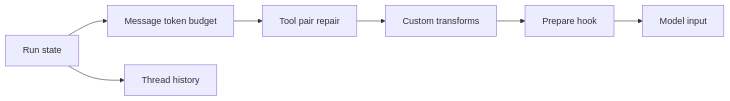
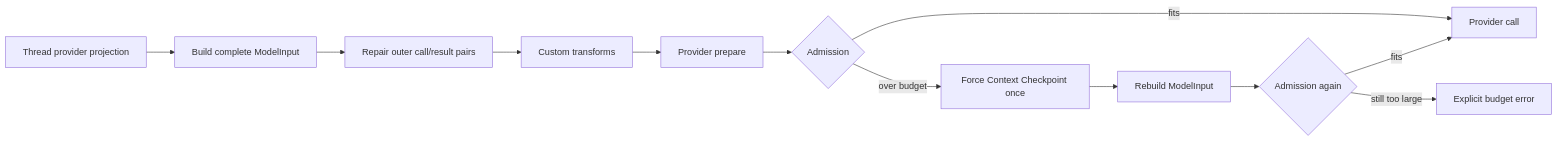
Before and after one commit to LunaY77/ello: the diagram in docs/compact/request-message-trimming.md, drawn with Mermaid. The commit also changed other lines of this file and 535 other files, not shown here.

````diff
--- a/docs/compact/request-message-trimming.md
+++ b/docs/compact/request-message-trimming.md
@@ -19,9 +34,14 @@
 ```mermaid
 flowchart LR
-  S[Run state] --> B[Message token budget]
-  B --> P[Tool pair repair]
+  T[Thread provider projection] --> B[Build complete ModelInput]
+  B --> P[Repair outer call/result pairs]
   P --> U[Custom transforms]
-  U --> R[Prepare hook]
-  R --> M[Model input]
-  S --> H[Thread history]
+  U --> A[Provider prepare]
+  A --> C{Admission}
+  C -->|fits| M[Provider call]
+  C -->|over budget| K[Force Context Checkpoint once]
+  K --> R[Rebuild ModelInput]
+  R --> C2{Admission again}
+  C2 -->|fits| M
+  C2 -->|still too large| E[Explicit budget error]
 ```
````
